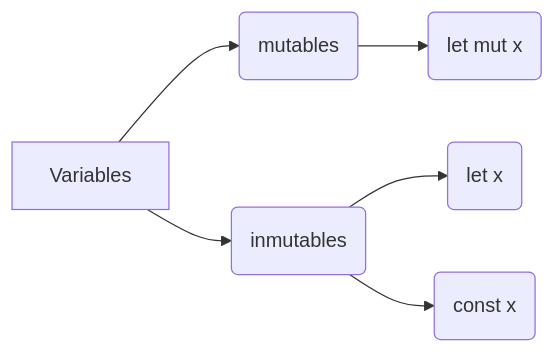
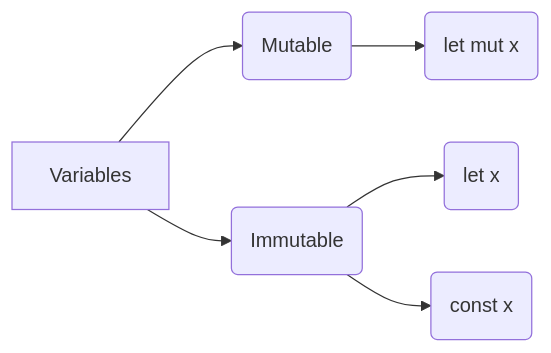
One commit to roberjacobo/rust-learning-path changed the diagram in 4.variables/concepts.md. Above: the diagram before and after it, drawn with Mermaid. The commit also changed other lines of this file, not shown here.

````diff
--- a/4.variables/concepts.md
+++ b/4.variables/concepts.md
@@ -1,7 +1,7 @@
 ```mermaid
 graph LR
 
-A[Variables] --> B(mutables) --> D(let mut x)
-A --> C(inmutables) --> E(let x) 
+A[Variables] --> B(Mutable) --> D(let mut x)
+A --> C(Immutable) --> E(let x) 
 C --> F(const x)
 ```
````
